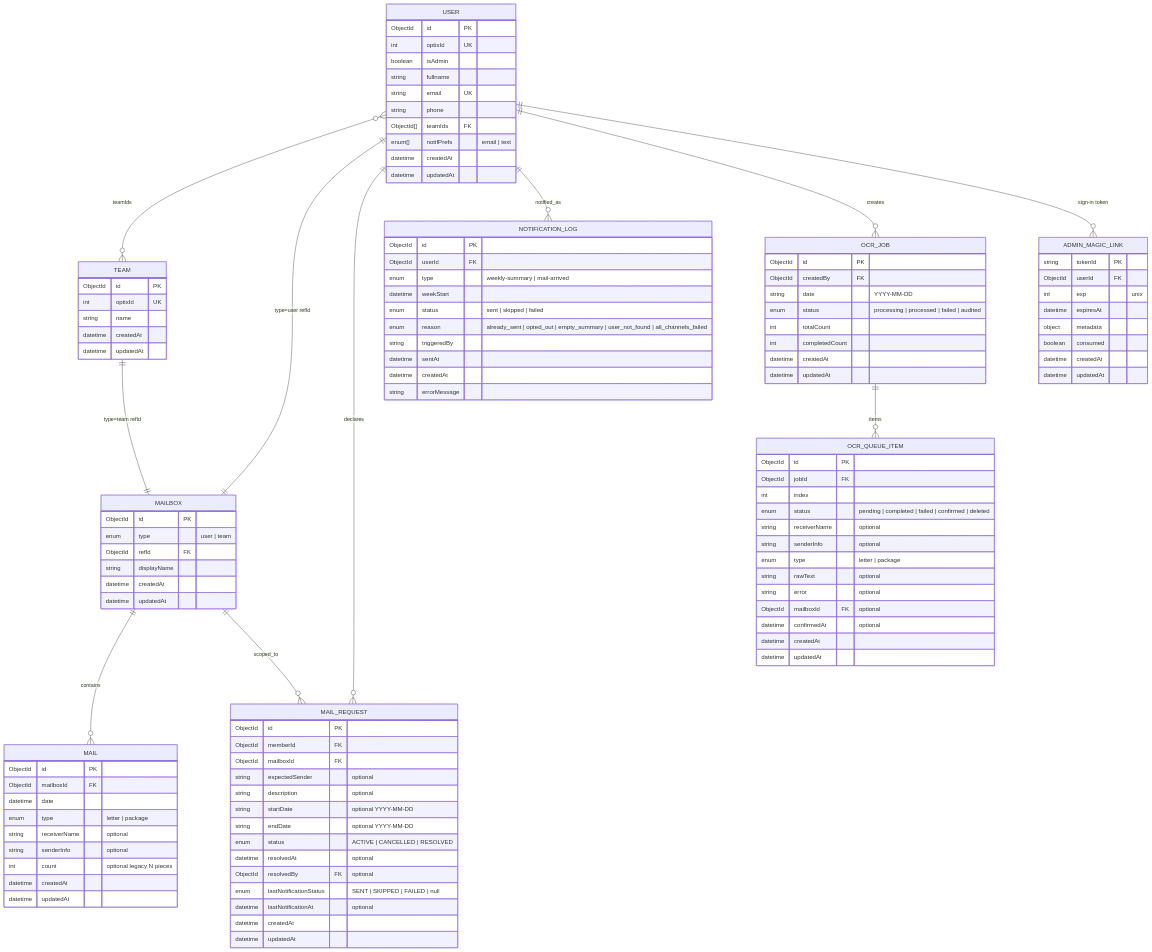
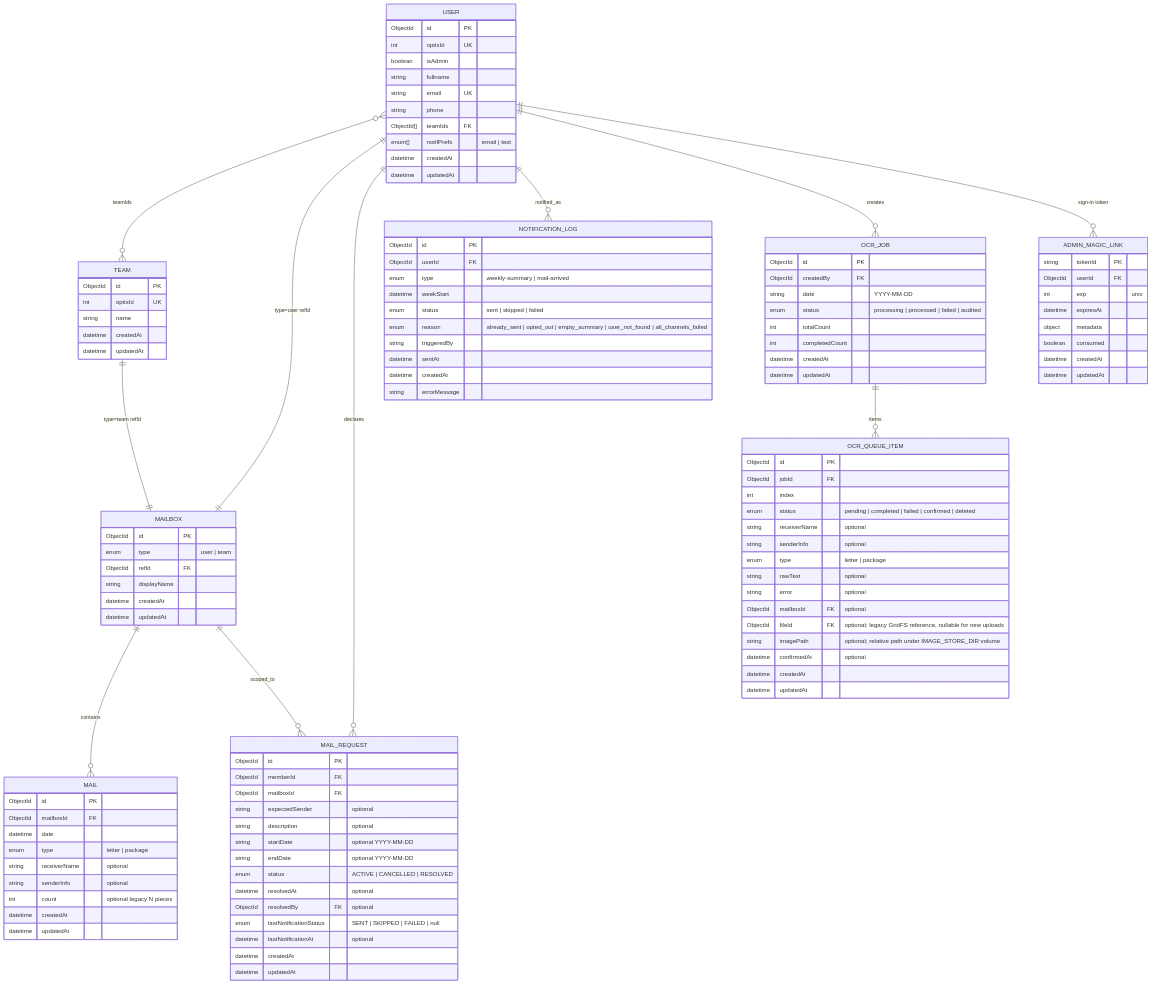
Before and after one commit to CMU-413/avenu: the diagram in docs/01-architecture/diagrams/data-model.mmd, drawn with Mermaid. The commit also changed 19 other files, not shown here.

```diff
--- a/docs/01-architecture/diagrams/data-model.mmd
+++ b/docs/01-architecture/diagrams/data-model.mmd
@@ -1,131 +1,133 @@
 erDiagram
 
     USER {
         ObjectId id PK
         int optixId UK
         boolean isAdmin
         string fullname
         string email UK
         string phone
         ObjectId[] teamIds FK
         enum[] notifPrefs "email | text"
         datetime createdAt
         datetime updatedAt
     }
 
     TEAM {
         ObjectId id PK
         int optixId UK
         string name
         datetime createdAt
         datetime updatedAt
     }
 
     MAILBOX {
         ObjectId id PK
         enum type "user | team"
         ObjectId refId FK
         string displayName
         datetime createdAt
         datetime updatedAt
     }
 
     MAIL {
         ObjectId id PK
         ObjectId mailboxId FK
         datetime date
         enum type "letter | package"
         string receiverName "optional"
         string senderInfo "optional"
         int count "optional legacy N pieces"
         datetime createdAt
         datetime updatedAt
     }
 
     MAIL_REQUEST {
         ObjectId id PK
         ObjectId memberId FK
         ObjectId mailboxId FK
         string expectedSender "optional"
         string description "optional"
         string startDate "optional YYYY-MM-DD"
         string endDate "optional YYYY-MM-DD"
         enum status "ACTIVE | CANCELLED | RESOLVED"
         datetime resolvedAt "optional"
         ObjectId resolvedBy FK "optional"
         enum lastNotificationStatus "SENT | SKIPPED | FAILED | null"
         datetime lastNotificationAt "optional"
         datetime createdAt
         datetime updatedAt
     }
 
     NOTIFICATION_LOG {
         ObjectId id PK
         ObjectId userId FK
         enum type "weekly-summary | mail-arrived"
         datetime weekStart
         enum status "sent | skipped | failed"
         enum reason "already_sent | opted_out | empty_summary | user_not_found | all_channels_failed"
         string triggeredBy
         datetime sentAt
         datetime createdAt
         string errorMessage
     }
 
     OCR_JOB {
         ObjectId id PK
         ObjectId createdBy FK
         string date "YYYY-MM-DD"
         enum status "processing | processed | failed | audited"
         int totalCount
         int completedCount
         datetime createdAt
         datetime updatedAt
     }
 
     OCR_QUEUE_ITEM {
         ObjectId id PK
         ObjectId jobId FK
         int index
         enum status "pending | completed | failed | confirmed | deleted"
         string receiverName "optional"
         string senderInfo "optional"
         enum type "letter | package"
         string rawText "optional"
         string error "optional"
         ObjectId mailboxId FK "optional"
+        ObjectId fileId FK "optional; legacy GridFS reference, nullable for new uploads"
+        string imagePath "optional; relative path under IMAGE_STORE_DIR volume"
         datetime confirmedAt "optional"
         datetime createdAt
         datetime updatedAt
     }
 
     ADMIN_MAGIC_LINK {
         string tokenId PK
         ObjectId userId FK
         int exp "unix"
         datetime expiresAt
         object metadata
         boolean consumed
         datetime createdAt
         datetime updatedAt
     }
 
     %% Relationships (MongoDB: refs are ObjectIds; uniqueness via indexes, not FK enforcement)
 
     USER }o--o{ TEAM : "teamIds"
 
     USER ||--|| MAILBOX : "type=user refId"
     TEAM ||--|| MAILBOX : "type=team refId"
 
     MAILBOX ||--o{ MAIL : contains
     USER ||--o{ MAIL_REQUEST : declares
     MAILBOX ||--o{ MAIL_REQUEST : scoped_to
 
     USER ||--o{ NOTIFICATION_LOG : notified_as
 
     USER ||--o{ OCR_JOB : creates
     OCR_JOB ||--o{ OCR_QUEUE_ITEM : items
 
     USER ||--o{ ADMIN_MAGIC_LINK : "sign-in token"
 
     %% Confirming a queue item creates a MAIL row; no stored FK from mail back to OCR_QUEUE_ITEM
```
